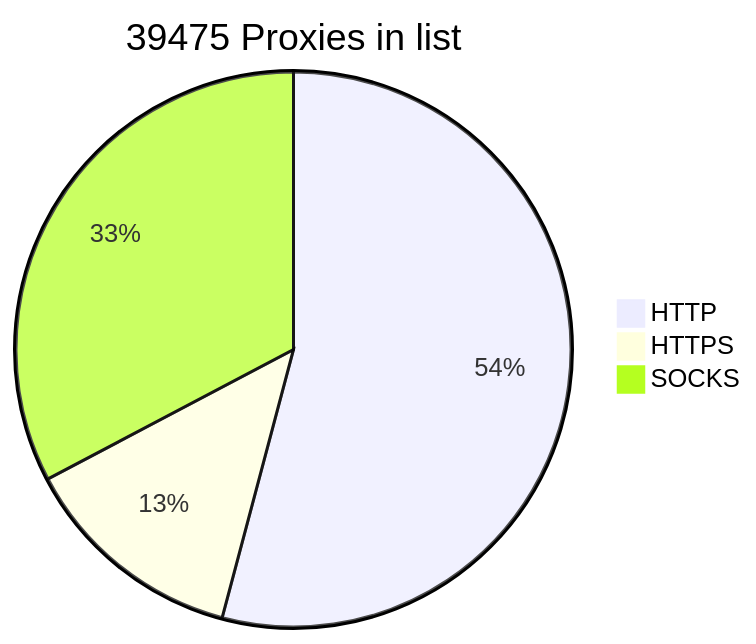
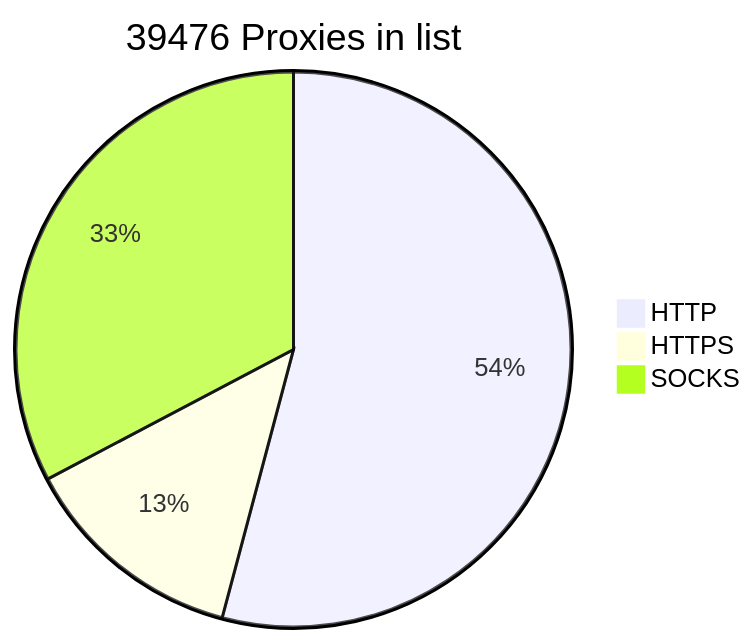
Before and after one commit to BlackSnowDot/proxylist-update-every-minute: the diagram in README.md, drawn with Mermaid.

````diff
--- a/README.md
+++ b/README.md
@@ -2,6 +2,6 @@
 ```mermaid
-pie title 39475 Proxies in list
+pie title 39476 Proxies in list
     "HTTP" : 23678
-    "HTTPS": 5748
+    "HTTPS": 5749
     "SOCKS" : 14310
 ```
````
